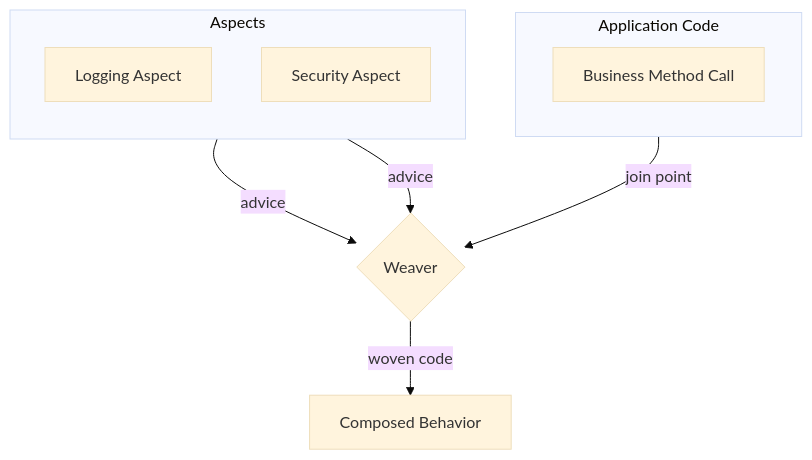
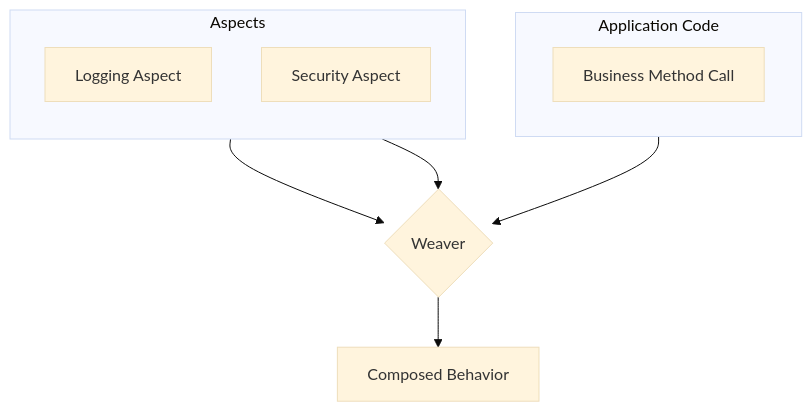
The first of 2 diagrams in docs/foundational-concepts/programming-paradigms/aspect-oriented.mdx (archman-dev/website), drawn with Mermaid (base theme) before and after one commit. The commit also changed 26 other files, not shown here.

````diff
--- a/docs/foundational-concepts/programming-paradigms/aspect-oriented.mdx
+++ b/docs/foundational-concepts/programming-paradigms/aspect-oriented.mdx
@@ -30,18 +30,18 @@
 ```mermaid
-flowchart TD
+flowchart TB
   subgraph "Application Code"
     direction LR
-    A[Business Method Call]
+    A["Business Method Call"]
   end
 
   subgraph "Aspects"
     direction TB
-    X[Logging Aspect]
-    Y[Security Aspect]
+    X["Logging Aspect"]
+    Y["Security Aspect"]
   end
 
-  A -- join point --> W{Weaver}
-  X -- advice --> W
-  Y -- advice --> W
-  W -- woven code --> Z[Composed Behavior]
+  A --> W{"Weaver"}
+  X --> W
+  Y --> W
+  W --> Z["Composed Behavior"]
 ```
````
